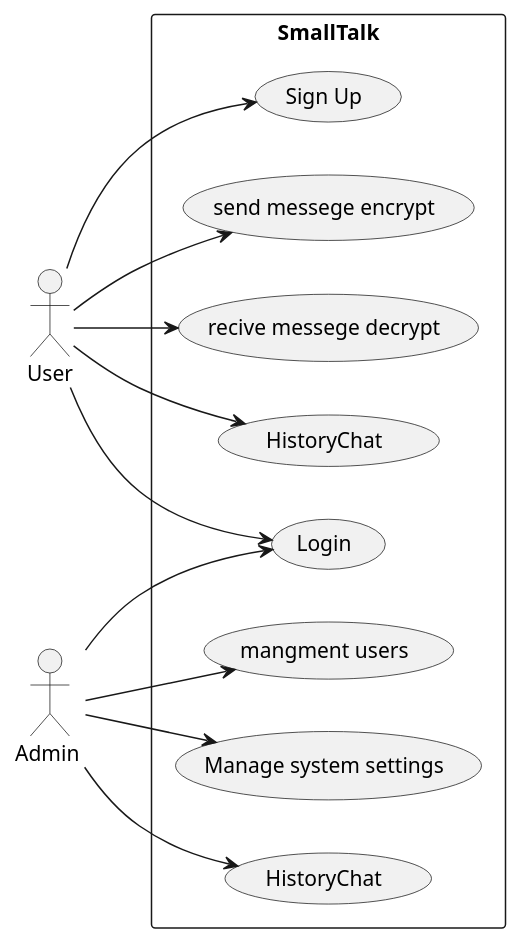
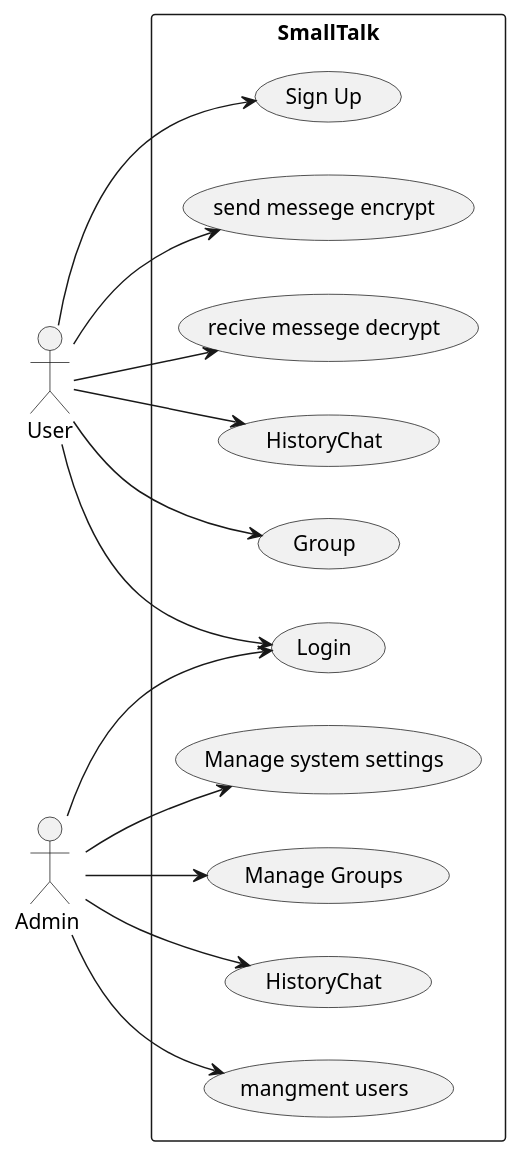
Before and after one commit to ulielmichael/SmallTalk: the diagram in src/main/java/mu/smalltalk/BOOK/Uml-diagram/UseCase Diagram.puml, drawn with PlantUML. The commit also changed 7 other files, not shown here.

```diff
--- a/src/main/java/mu/smalltalk/BOOK/Uml-diagram/UseCase Diagram.puml
+++ b/src/main/java/mu/smalltalk/BOOK/Uml-diagram/UseCase Diagram.puml
@@ -1,24 +1,28 @@
 @startuml
 left to right direction
 
 actor "User" as User
 actor "Admin " as Admin
 
 rectangle SmallTalk {
 
   ' פעולות בסיסיות של משתמש
   User --> (Sign Up)
   User --> (Login)
   User --> (send messege encrypt)
   User --> (recive messege decrypt)
   User --> ( HistoryChat )
+  User --> ( Group )
+
 
   ' פעולות מנהל מערכת
   Admin --> (Login)
   Admin --> (HistoryChat)
   Admin --> (mangment users)
   Admin --> (Manage system settings)
+  Admin --> (Manage Groups)
+
 
 
 }
 @enduml
```
